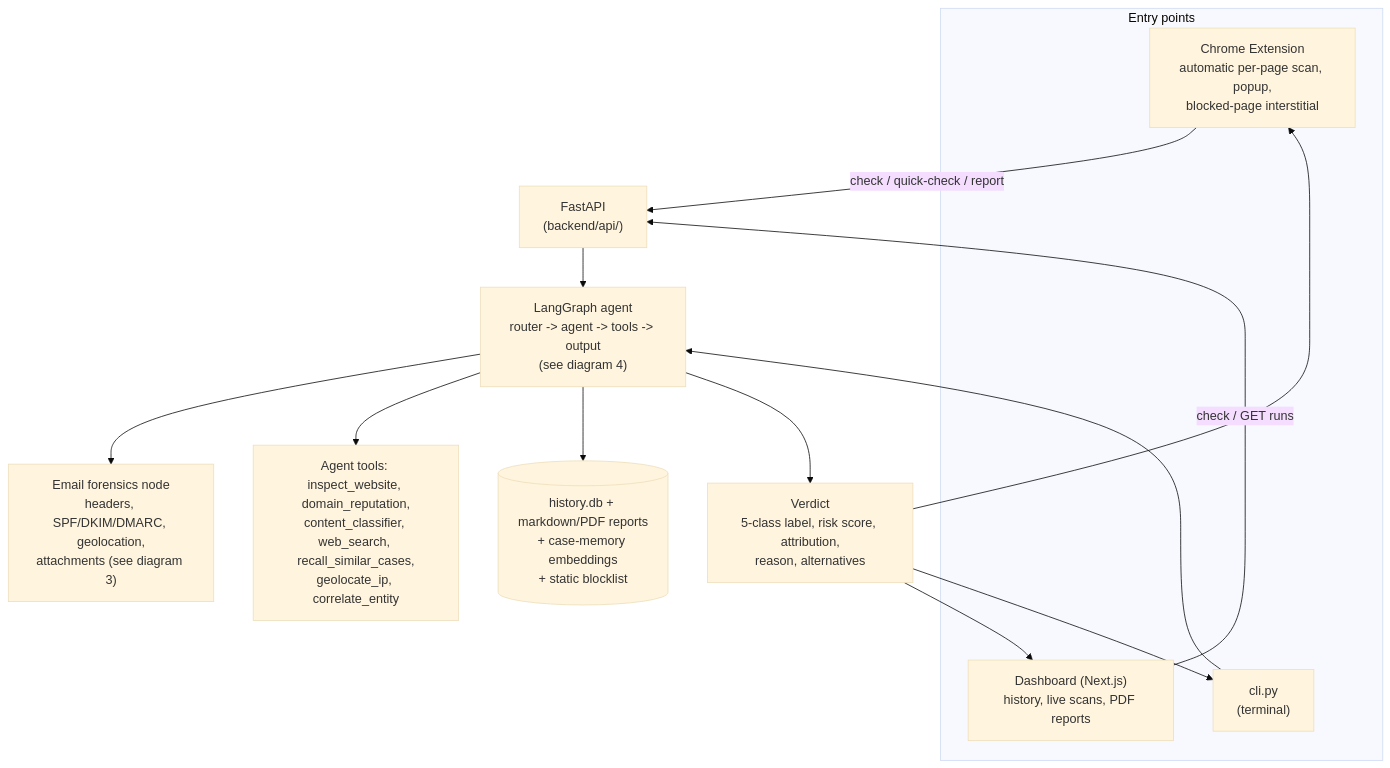
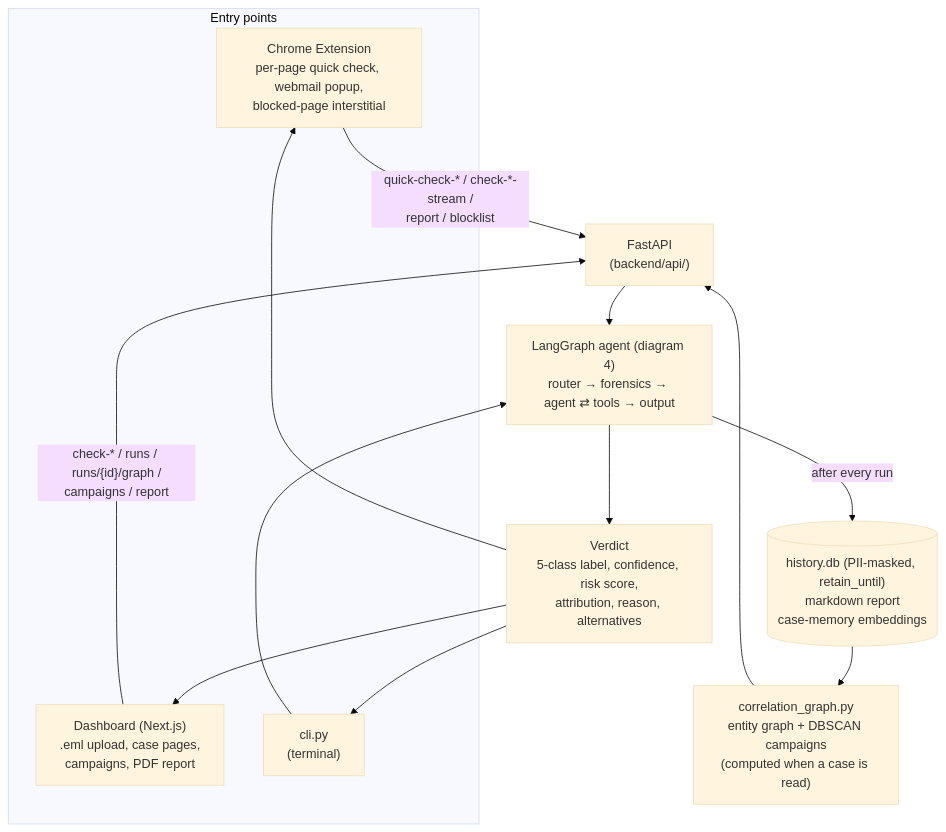
Before and after one commit to code-YK/Security-Copilot-Sih26: the first of 4 diagrams in README.md, drawn with Mermaid (base theme). The commit also changed other lines of this file and 2 other files, not shown here.

````diff
--- a/README.md
+++ b/README.md
@@ -68,25 +58,24 @@
 ```mermaid
 flowchart TB
     subgraph Clients["Entry points"]
-        EXT["Chrome Extension\nautomatic per-page scan, popup,\nblocked-page interstitial"]
-        DASH["Dashboard (Next.js)\nhistory, live scans, PDF reports"]
-        CLI["cli.py\n(terminal)"]
+        EXT["Chrome Extension<br/>per-page quick check, webmail popup,<br/>blocked-page interstitial"]
+        DASH["Dashboard (Next.js)<br/>.eml upload, case pages,<br/>campaigns, PDF report"]
+        CLI["cli.py<br/>(terminal)"]
     end
 
-    EXT -->|"check / quick-check / report"| API
-    DASH -->|"check / GET runs"| API
+    EXT -->|"quick-check-* / check-*-stream /<br/>report / blocklist"| API
+    DASH -->|"check-* / runs / runs/{id}/graph /<br/>campaigns / report"| API
     CLI --> GRAPH
 
-    API["FastAPI\n(backend/api/)"] --> GRAPH["LangGraph agent\nrouter -> agent -> tools -> output\n(see diagram 4)"]
+    API["FastAPI<br/>(backend/api/)"] --> GRAPH["LangGraph agent (diagram 4)<br/>router → forensics → agent ⇄ tools → output"]
 
-    GRAPH --> FORENSICS["Email forensics node\nheaders, SPF/DKIM/DMARC, geolocation,\nattachments (see diagram 3)"]
-    GRAPH --> TOOLS["Agent tools: inspect_website, domain_reputation,\ncontent_classifier, web_search, recall_similar_cases,\ngeolocate_ip, correlate_entity"]
+    GRAPH --> VERDICT["Verdict<br/>5-class label, confidence, risk score,<br/>attribution, reason, alternatives"]
+    GRAPH -->|"after every run"| STORE[("history.db (PII-masked, retain_until)<br/>markdown report<br/>case-memory embeddings")]
 
-    GRAPH --> STORE[("history.db + markdown/PDF reports\n+ case-memory embeddings\n+ static blocklist")]
-    GRAPH --> VERDICT["Verdict\n5-class label, risk score, attribution,\nreason, alternatives"]
+    STORE --> CORR["correlation_graph.py<br/>entity graph + DBSCAN campaigns<br/>(computed when a case is read)"]
+    CORR --> API
 
     VERDICT --> EXT
     VERDICT --> DASH
     VERDICT --> CLI
-
 ```
````
